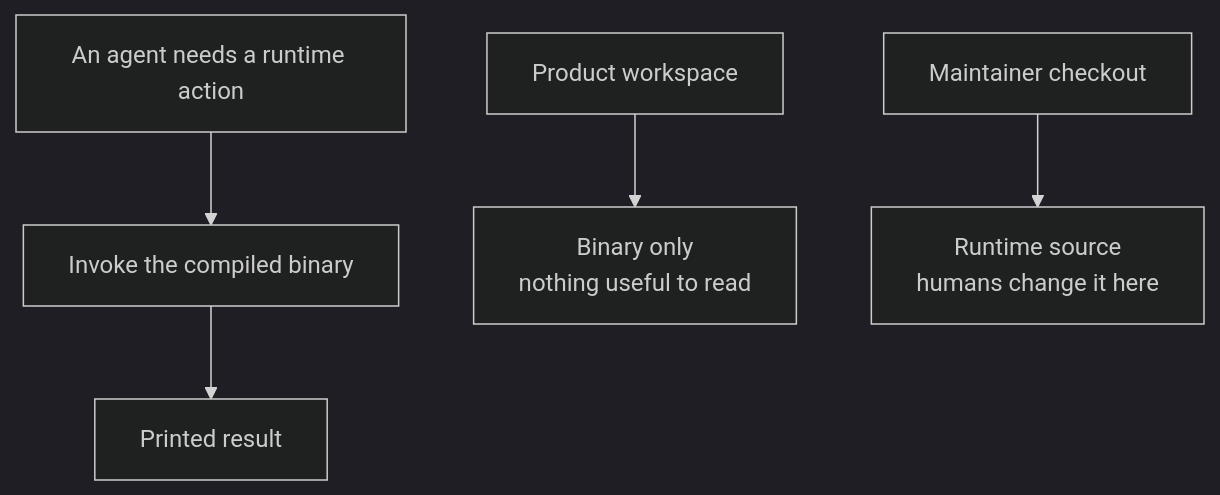
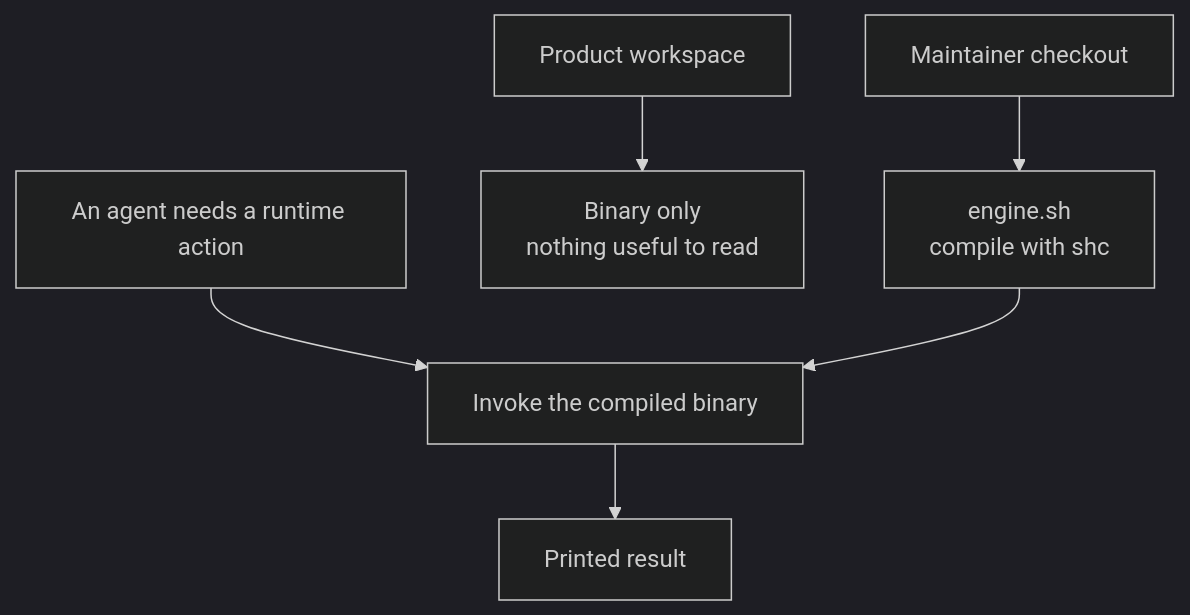
One commit to kaotypr/context-circuit-source changed the diagram in intent/i026-compiled-runtime/INTENT.md. Above: the diagram before and after it, drawn with Mermaid (dark theme). The commit also changed other lines of this file and 5 other files, not shown here.

First line of the commit message:
docs(intent): compile the i026 runtime with shc, not a rewrite

````diff
--- a/intent/i026-compiled-runtime/INTENT.md
+++ b/intent/i026-compiled-runtime/INTENT.md
@@ -21,7 +21,8 @@
 ```mermaid
 flowchart TD
   A["An agent needs a runtime action"] --> B["Invoke the compiled binary"]
   B --> C["Printed result"]
   D["Product workspace"] --> E["Binary only<br/>nothing useful to read"]
-  F["Maintainer checkout"] --> G["Runtime source<br/>humans change it here"]
+  F["Maintainer checkout"] --> G["engine.sh<br/>compile with shc"]
+  G --> B
 ```
````
